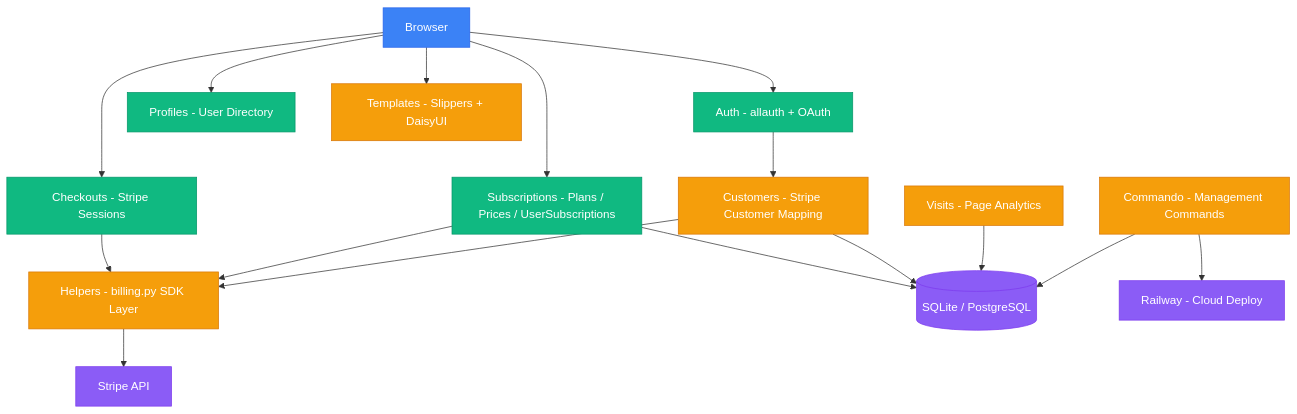
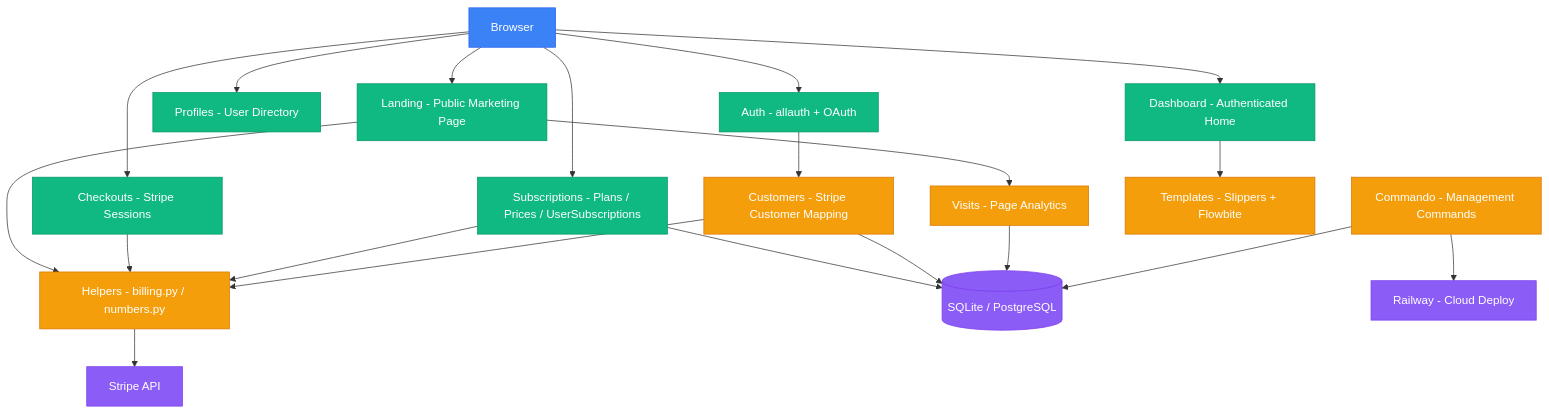
One commit to ays19/SaaS-Django changed the diagram in README.md. Above: the diagram before and after it, drawn with Mermaid. The commit also changed other lines of this file, not shown here.

First line of the commit message:
Update README with landing page, dashboard, and recent changes

````diff
--- a/README.md
+++ b/README.md
@@ -84,44 +102,50 @@
 ```mermaid
 graph TD
     A[Browser]
 
     B[Auth - allauth + OAuth]
     C[Checkouts - Stripe Sessions]
     D[Subscriptions - Plans / Prices / UserSubscriptions]
     E[Customers - Stripe Customer Mapping]
-    F[Helpers - billing.py SDK Layer]
+    F[Helpers - billing.py / numbers.py]
     G[Profiles - User Directory]
     H[Visits - Page Analytics]
     I[Commando - Management Commands]
-    J[Templates - Slippers + DaisyUI]
+    J[Templates - Slippers + Flowbite]
+    N[Landing - Public Marketing Page]
+    O[Dashboard - Authenticated Home]
 
     K[(SQLite / PostgreSQL)]
     L[Stripe API]
     M[Railway - Cloud Deploy]
 
+    A --> N
+    A --> O
     A --> B
     A --> C
     A --> D
     A --> G
-    A --> J
+    N --> H
+    N --> F
+    O --> J
     B --> E
     C --> F
     D --> F
     E --> F
     F --> L
     D --> K
     E --> K
     H --> K
     I --> K
     I --> M
 
     classDef client fill:#3b82f6,stroke:#2563eb,color:#fff
     classDef app fill:#10b981,stroke:#059669,color:#fff
     classDef helper fill:#f59e0b,stroke:#d97706,color:#fff
     classDef external fill:#8b5cf6,stroke:#7c3aed,color:#fff
 
     class A client
-    class B,C,D,G app
+    class B,C,D,G,N,O app
     class E,F,H,I,J helper
     class K,L,M external
 ```
````
